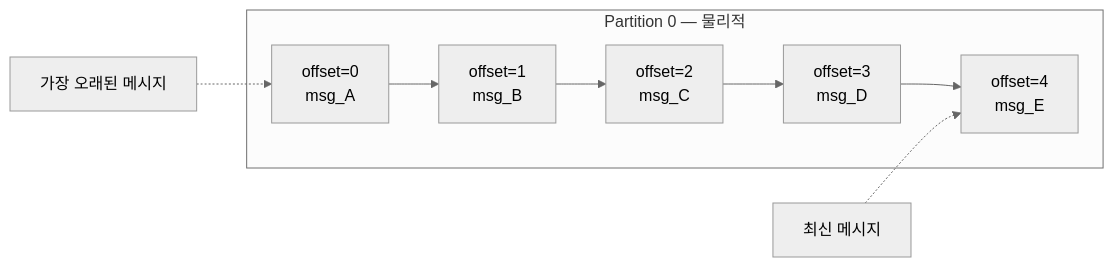
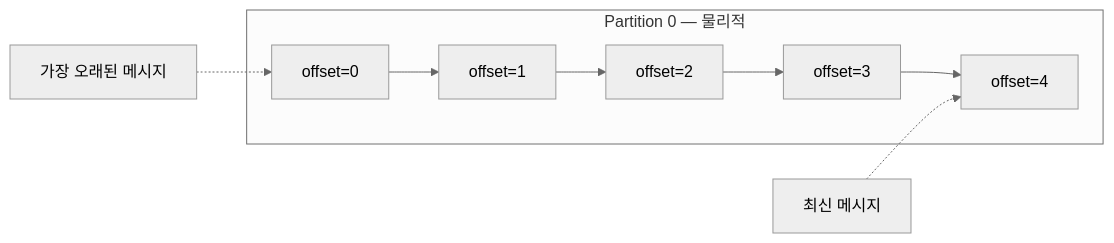
The fourth of 17 diagrams in _posts/kafka/2026-05-01-kafka-fundamentals.md (yjkim2015/yjkim2015.github.io), drawn with Mermaid (neutral theme) before and after one commit. The commit also changed other lines of this file and 217 other files, not shown here.

First line of the commit message:
Mermaid 크기 수정: useMaxWidth:true + SVG max-width:100% + 라벨 축소

````diff
--- a/_posts/kafka/2026-05-01-kafka-fundamentals.md
+++ b/_posts/kafka/2026-05-01-kafka-fundamentals.md
@@ -104,13 +104,13 @@
 ```mermaid
 graph LR
     subgraph log["Partition 0 — 물리적"]
-        O0["offset=0\nmsg_A"]
-        O1["offset=1\nmsg_B"]
-        O2["offset=2\nmsg_C"]
-        O3["offset=3\nmsg_D"]
-        O4["offset=4\nmsg_E"]
+        O0["offset=0"]
+        O1["offset=1"]
+        O2["offset=2"]
+        O3["offset=3"]
+        O4["offset=4"]
         O0 --> O1 --> O2 --> O3 --> O4
     end
     note1["가장 오래된 메시지"] -.-> O0
     note2["최신 메시지"] -.-> O4
 ```
````
